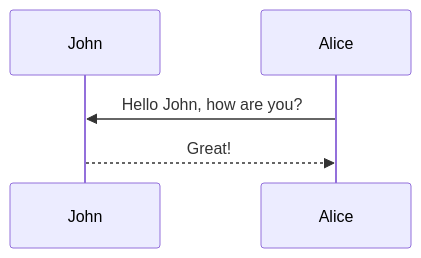
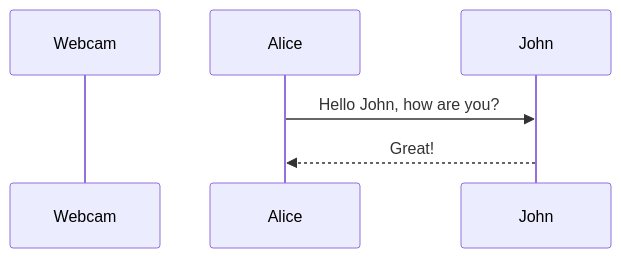
The first of 2 diagrams in _projects/3D_Display.md (eyast/eyast.github.io), drawn with Mermaid before and after one commit. The commit also changed other lines of this file, not shown here.

Commit message:
mermaid new

```diff
--- a/_projects/3D_Display.md
+++ b/_projects/3D_Display.md
@@ -40,7 +40,7 @@
 {% mermaid %}
 sequenceDiagram
-    participant John
+    participant Webcam
     participant Alice
     Alice->>John: Hello John, how are you?
     John-->>Alice: Great!
 {% endmermaid %}
```
